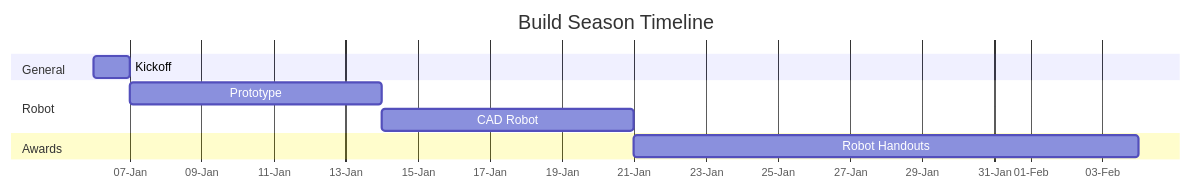
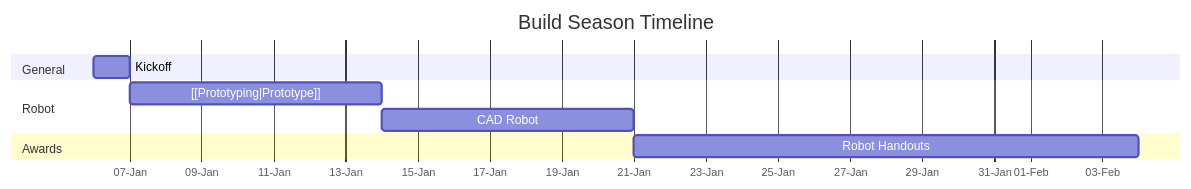
One commit to BrennanB/quartz changed the diagram in content/Season Timeline.md. Above: the diagram before and after it, drawn with Mermaid. The commit also changed other lines of this file and 1 other file, not shown here.

Commit message:
fixed a thing on timeline page

````diff
--- a/content/Season Timeline.md
+++ b/content/Season Timeline.md
@@ -10,14 +10,14 @@
 ```mermaid
 
 gantt
 title Build Season Timeline
 axisFormat %d-%b
 dateFormat MMM DD
 section General
 Kickoff: k, 01-06-2024, 1d
 section Robot
-Prototype: p, after k, 7d
+[[Prototyping|Prototype]]: p, after k, 7d
 CAD Robot: c, after p, 7d
 section Awards
 Robot Handouts: d, after c, 2w
 ```
````
